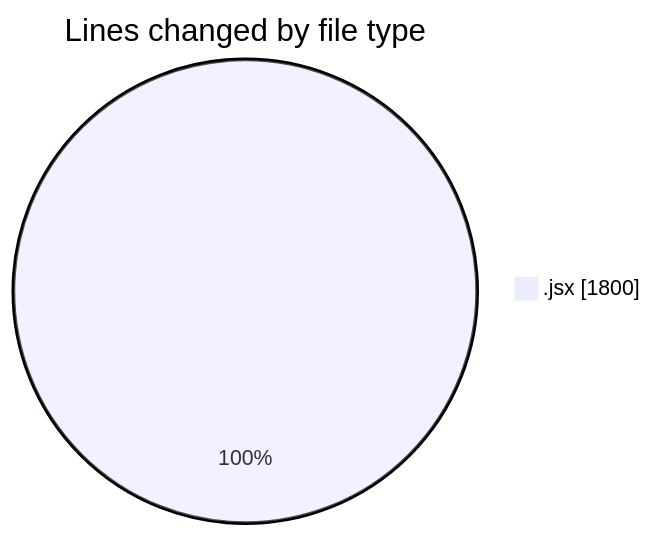
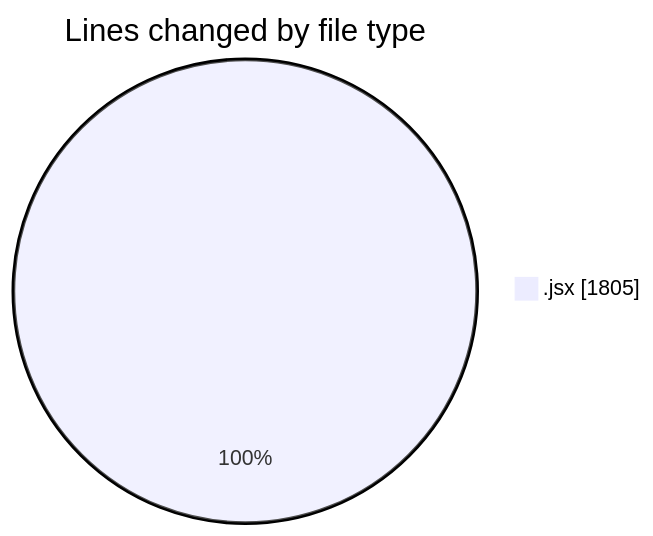
Before and after one commit to nxtqubesakshisongat/code-tracking: the first of 2 diagrams in 2025-08-22/nxtqube_webapp/README.md, drawn with Mermaid. The commit also changed other lines of this file and 1 other file, not shown here.

````diff
--- a/2025-08-22/nxtqube_webapp/README.md
+++ b/2025-08-22/nxtqube_webapp/README.md
@@ -20,5 +20,5 @@
 ```mermaid
 pie showData
 title Lines changed by file type
-".jsx" : 1800
+".jsx" : 1805
 ```
````
